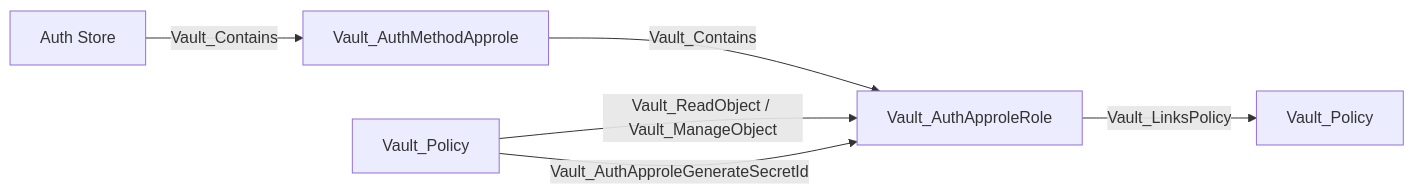
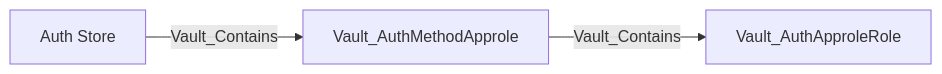
One commit to bytewreck/opengraph-vault changed the sixth of 39 diagrams in Documentation/stores/AUTH.md. Above: the diagram before and after it, drawn with Mermaid. The commit also changed other lines of this file and 3 other files, not shown here.

````diff
--- a/Documentation/stores/AUTH.md
+++ b/Documentation/stores/AUTH.md
@@ -129,8 +124,5 @@
 ```mermaid
 flowchart LR
     store[Auth Store] -->|Vault_Contains| method[Vault_AuthMethodApprole]
     method -->|Vault_Contains| role[Vault_AuthApproleRole]
-    admin[Vault_Policy] -->|Vault_ReadObject / Vault_ManageObject| role
-    admin -->|Vault_AuthApproleGenerateSecretId| role
-    role -->|Vault_LinksPolicy| granted[Vault_Policy]
 ```
````
